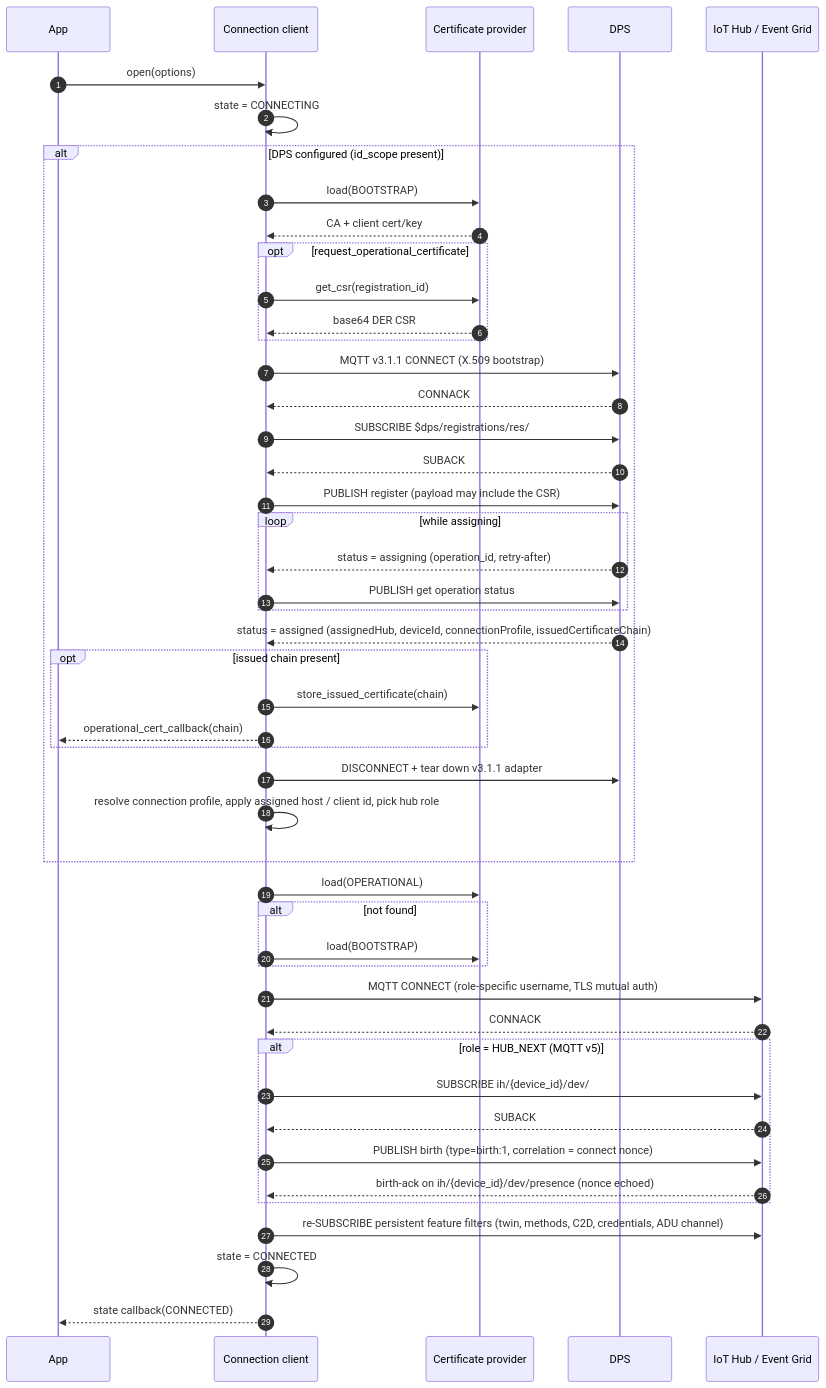
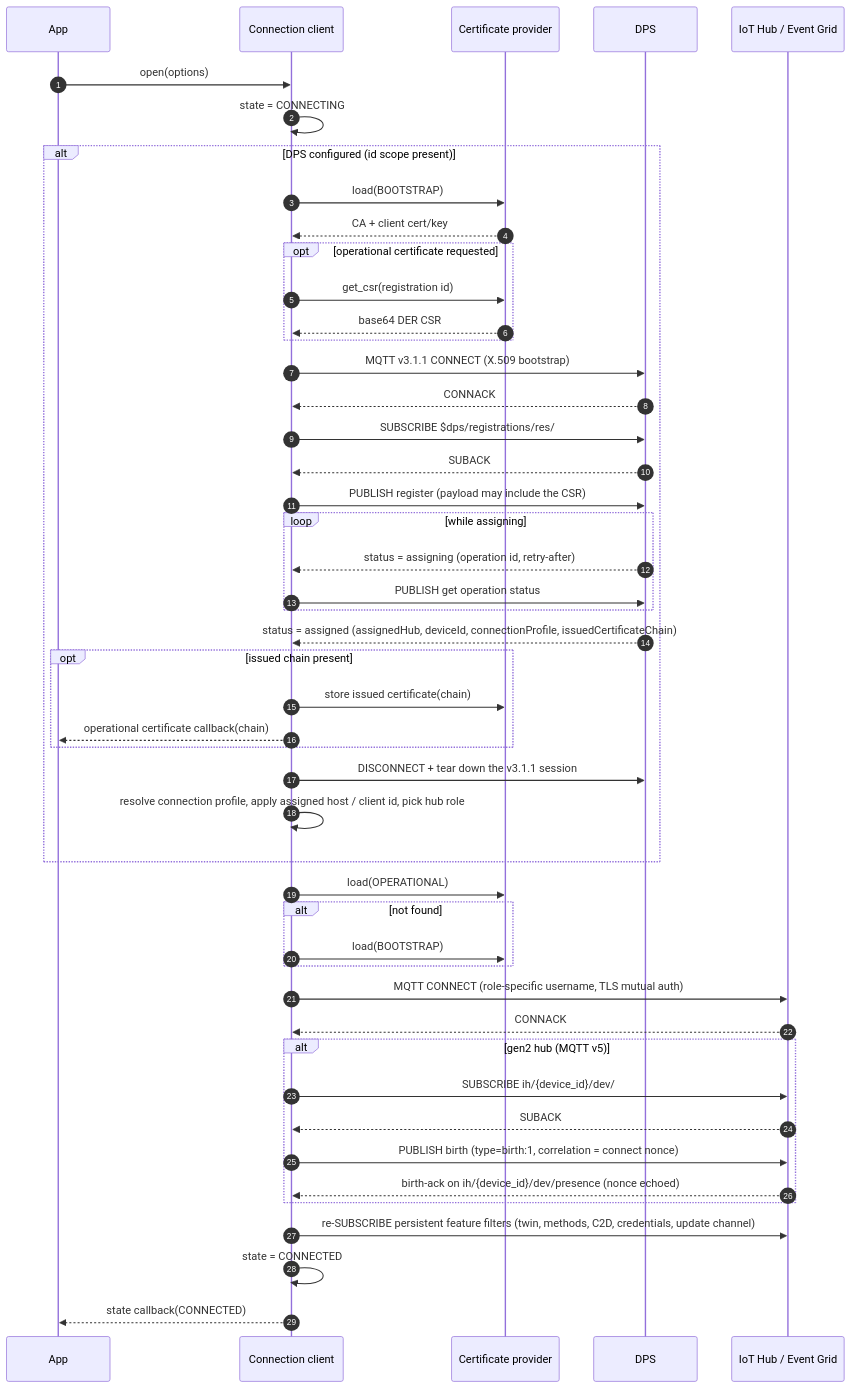
Before and after one commit to Azure/azure-iot-sdk: the third of 9 diagrams in c/docs/connection.md, drawn with Mermaid. The commit also changed other lines of this file and 1 other file, not shown here.

````diff
--- a/c/docs/connection.md
+++ b/c/docs/connection.md
@@ -101,55 +114,55 @@
 ```mermaid
 sequenceDiagram
     autonumber
     participant App
     participant Conn as Connection client
     participant Cert as Certificate provider
     participant DPS
     participant Hub as IoT Hub / Event Grid
 
     App->>Conn: open(options)
     Conn->>Conn: state = CONNECTING
 
-    alt DPS configured (id_scope present)
+    alt DPS configured (id scope present)
         Conn->>Cert: load(BOOTSTRAP)
         Cert-->>Conn: CA + client cert/key
-        opt request_operational_certificate
-            Conn->>Cert: get_csr(registration_id)
+        opt operational certificate requested
+            Conn->>Cert: get_csr(registration id)
             Cert-->>Conn: base64 DER CSR
         end
         Conn->>DPS: MQTT v3.1.1 CONNECT (X.509 bootstrap)
         DPS-->>Conn: CONNACK
         Conn->>DPS: SUBSCRIBE $dps/registrations/res/#
         DPS-->>Conn: SUBACK
         Conn->>DPS: PUBLISH register (payload may include the CSR)
         loop while assigning
-            DPS-->>Conn: status = assigning (operation_id, retry-after)
+            DPS-->>Conn: status = assigning (operation id, retry-after)
             Conn->>DPS: PUBLISH get operation status
         end
         DPS-->>Conn: status = assigned (assignedHub, deviceId, connectionProfile, issuedCertificateChain)
         opt issued chain present
-            Conn->>Cert: store_issued_certificate(chain)
-            Conn-->>App: operational_cert_callback(chain)
+            Conn->>Cert: store issued certificate(chain)
+            Conn-->>App: operational certificate callback(chain)
         end
-        Conn->>DPS: DISCONNECT + tear down v3.1.1 adapter
+        Conn->>DPS: DISCONNECT + tear down the v3.1.1 session
         Conn->>Conn: resolve connection profile, apply assigned host / client id, pick hub role
     end
 
     Conn->>Cert: load(OPERATIONAL)
     alt not found
         Conn->>Cert: load(BOOTSTRAP)
     end
     Conn->>Hub: MQTT CONNECT (role-specific username, TLS mutual auth)
     Hub-->>Conn: CONNACK
 
-    alt role = HUB_NEXT (MQTT v5)
+    alt gen2 hub (MQTT v5)
         Conn->>Hub: SUBSCRIBE ih/{device_id}/dev/# (QoS 1)
         Hub-->>Conn: SUBACK
         Conn->>Hub: PUBLISH birth (type=birth:1, correlation = connect nonce)
         Hub-->>Conn: birth-ack on ih/{device_id}/dev/presence (nonce echoed)
     end
 
-    Conn->>Hub: re-SUBSCRIBE persistent feature filters (twin, methods, C2D, credentials, ADU channel)
+    Conn->>Hub: re-SUBSCRIBE persistent feature filters (twin, methods, C2D, credentials, update channel)
     Conn->>Conn: state = CONNECTED
     Conn-->>App: state callback(CONNECTED)
 ```
````
